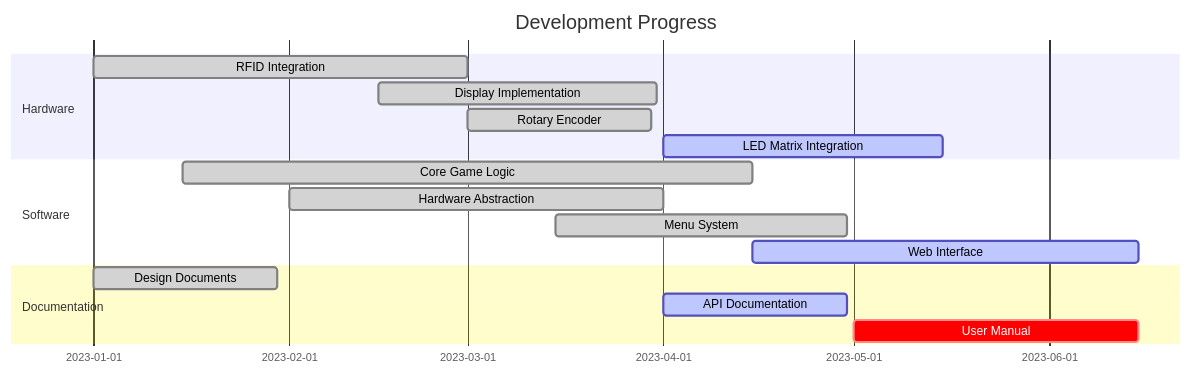
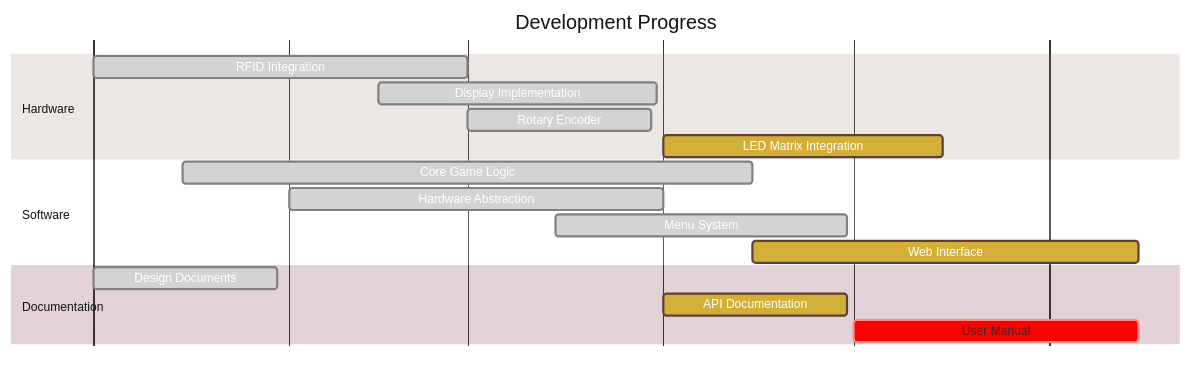
Before and after one commit to declanshanaghy/gwent: the seventh of 9 diagrams in README.md, drawn with Mermaid. The commit also changed other lines of this file and 6 other files, not shown here.

First line of the commit message:
Add mermaid style guide and apply to all diagrams

````diff
--- a/README.md
+++ b/README.md
@@ -232,23 +325,46 @@
 ```mermaid
-%%{init: {'theme': 'default'}}%%
+%%{init: {
+  'theme': 'base',
+  'themeVariables': {
+    'primaryColor': '#6d1a36',
+    'primaryTextColor': '#fff',
+    'primaryBorderColor': '#7C4DFF',
+    'lineColor': '#7C4DFF',
+    'secondaryColor': '#D7CCC8',
+    'tertiaryColor': '#EFEBE9',
+    'fontFamily': 'Courier New',
+    'fontSize': '16px',
+    'ganttBkg': '#F5F5F5',
+    'ganttFontSize': '16px',
+    'sectionBkgColor': '#A1887F',
+    'sectionFontColor': '#fff',
+    'taskBkgColor': '#BCAAA4',
+    'taskBorderColor': '#5D4037',
+    'taskTextColor': '#3E2723',
+    'activeTaskBkgColor': '#d4af37',
+    'activeTaskBorderColor': '#5D4037',
+    'gridColor': '#EFEBE9'
+  }
+}}%%
+
 gantt
     title Development Progress
     dateFormat YYYY-MM-DD
     
     section Hardware
     RFID Integration       :done, rfid, 2023-01-01, 2023-03-01
     Display Implementation :done, disp, 2023-02-15, 2023-03-31
     Rotary Encoder         :done, rot, 2023-03-01, 2023-03-30
     LED Matrix Integration :active, led, 2023-04-01, 2023-05-15
     
     section Software
     Core Game Logic        :done, core, 2023-01-15, 2023-04-15
     Hardware Abstraction   :done, hal, 2023-02-01, 2023-04-01
     Menu System            :done, menu, 2023-03-15, 2023-04-30
     Web Interface          :active, web, 2023-04-15, 2023-06-15
     
     section Documentation
     Design Documents       :done, docs, 2023-01-01, 2023-01-30
     API Documentation      :active, api, 2023-04-01, 2023-04-30
     User Manual            :crit, manual, 2023-05-01, 2023-06-15
 ```
````
